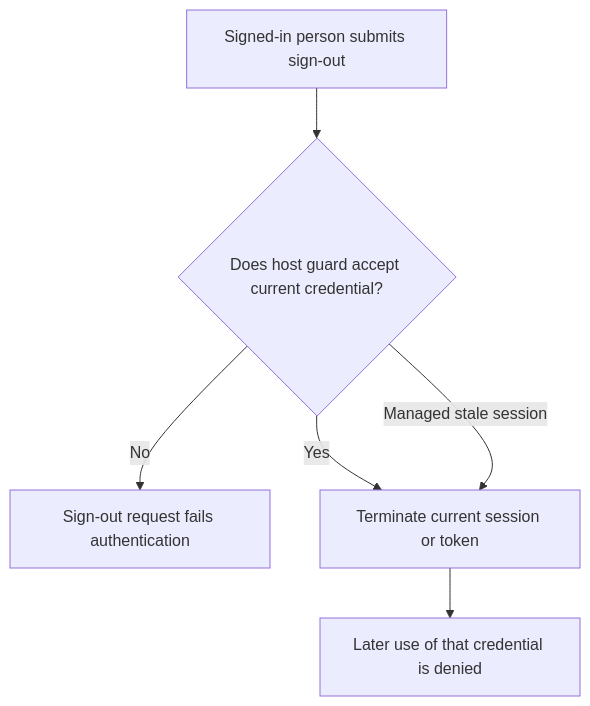
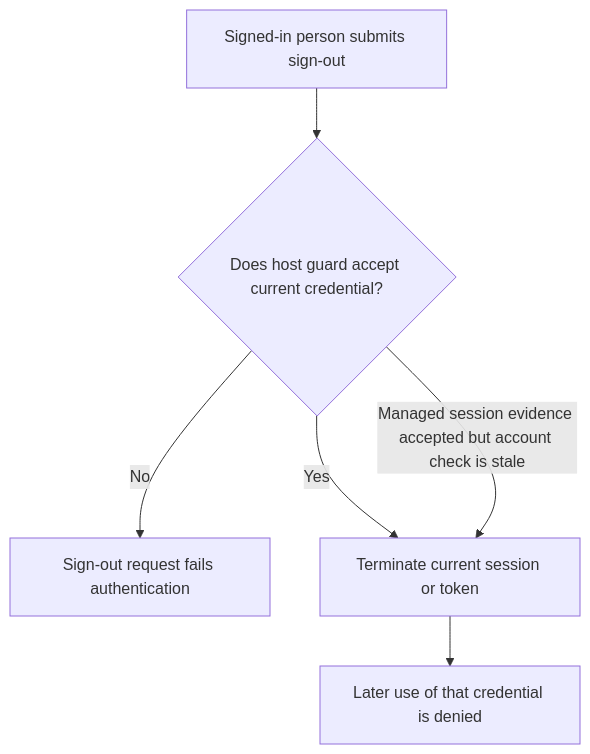
The first of 2 diagrams in user-stories/US-ACCOUNT-04-sign-out.md (Kevinjohn/oss-adonisjs-account-kit), drawn with Mermaid before and after one commit. The commit also changed other lines of this file and 70 other files, not shown here.

````diff
--- a/user-stories/US-ACCOUNT-04-sign-out.md
+++ b/user-stories/US-ACCOUNT-04-sign-out.md
@@ -19,8 +19,8 @@
 ```mermaid
 flowchart TD
  A["Signed-in person submits sign-out"] --> B{"Does host guard accept current credential?"}
  B -->|No| C["Sign-out request fails authentication"]
  B -->|Yes| D["Terminate current session or token"]
- B -->|Managed stale session| D
+ B -->|Managed session evidence accepted but account check is stale| D
  D --> E["Later use of that credential is denied"]
 ```
````
